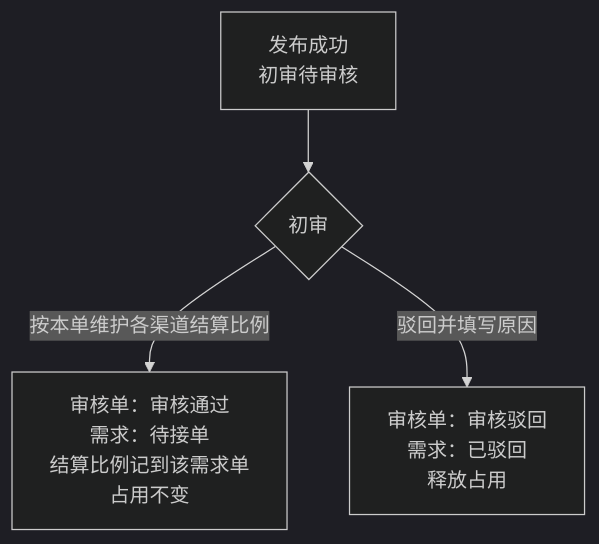
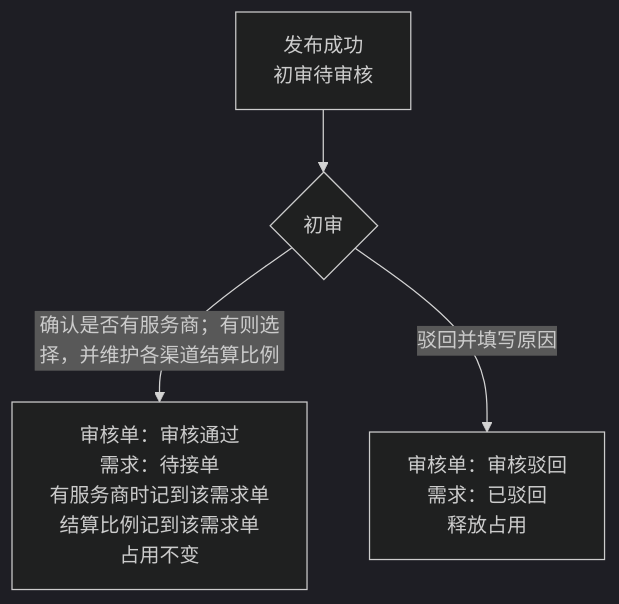
Before and after one commit to 342-droid/LFerp: the fifth of 7 diagrams in RBT/docs/整体业务流程图.md, drawn with Mermaid (dark theme). The commit also changed 9 other files, not shown here.

````diff
--- a/RBT/docs/整体业务流程图.md
+++ b/RBT/docs/整体业务流程图.md
@@ -142,6 +142,6 @@
 ```mermaid
 flowchart TB
   R0[发布成功<br/>初审待审核] --> R1{初审}
-  R1 -->|按本单维护各渠道结算比例| R2[审核单：审核通过<br/>需求：待接单<br/>结算比例记到该需求单<br/>占用不变]
+  R1 -->|确认是否有服务商；有则选择，并维护各渠道结算比例| R2[审核单：审核通过<br/>需求：待接单<br/>有服务商时记到该需求单<br/>结算比例记到该需求单<br/>占用不变]
   R1 -->|驳回并填写原因| R3[审核单：审核驳回<br/>需求：已驳回<br/>释放占用]
 ```
````
